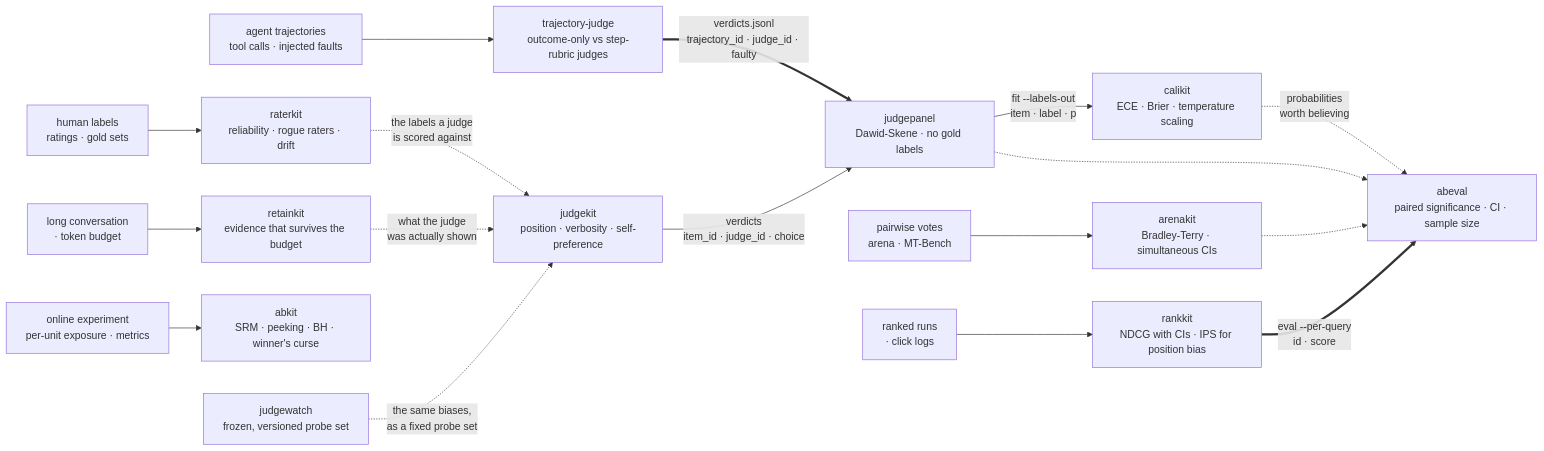
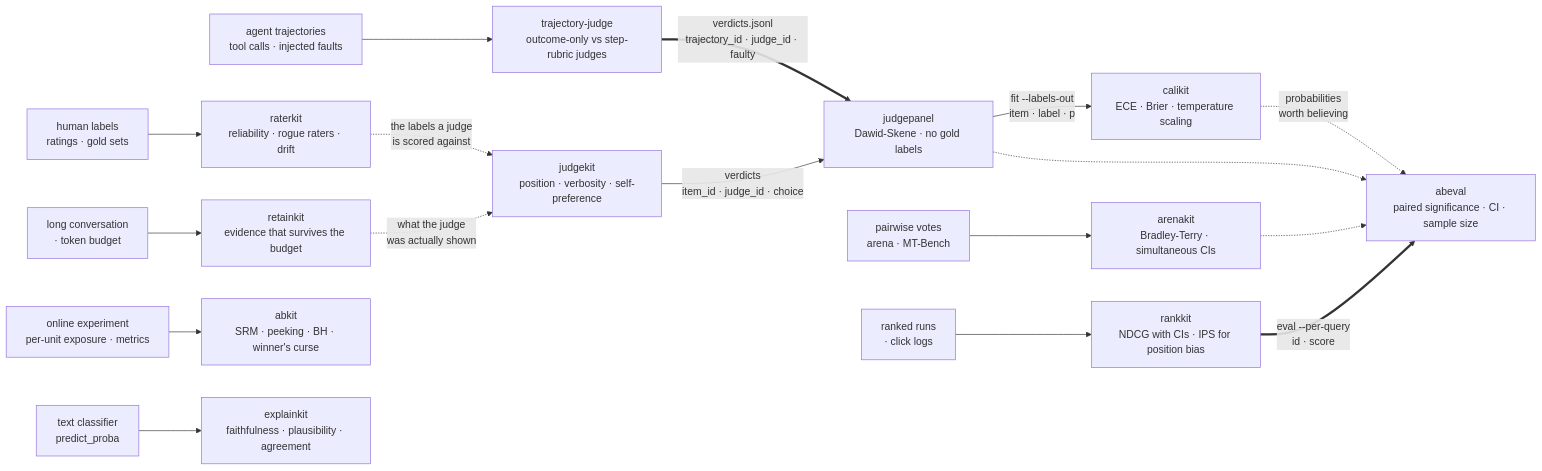
Before and after one commit to mohammadi-hadi/evalstack: the diagram in README.md, drawn with Mermaid. The commit also changed other lines of this file, not shown here.

````diff
--- a/README.md
+++ b/README.md
@@ -43,22 +43,22 @@
 ```mermaid
 flowchart LR
     HL["human labels<br/>ratings · gold sets"] --> RK["raterkit<br/>reliability · rogue raters · drift"]
     TR["agent trajectories<br/>tool calls · injected faults"] --> TJ["trajectory-judge<br/>outcome-only vs step-rubric judges"]
     CB["long conversation<br/>· token budget"] --> RT["retainkit<br/>evidence that survives the budget"]
     PV["pairwise votes<br/>arena · MT-Bench"] --> AR["arenakit<br/>Bradley-Terry · simultaneous CIs"]
     RQ["ranked runs<br/>· click logs"] --> RN["rankkit<br/>NDCG with CIs · IPS for position bias"]
     EX["online experiment<br/>per-unit exposure · metrics"] --> BK["abkit<br/>SRM · peeking · BH · winner's curse"]
+    TC["text classifier<br/>predict_proba"] --> EK["explainkit<br/>faithfulness · plausibility · agreement"]
 
     RK -.->|"the labels a judge<br/>is scored against"| JK["judgekit<br/>position · verbosity · self-preference"]
     RT -.->|"what the judge<br/>was actually shown"| JK
-    JW["judgewatch<br/>frozen, versioned probe set"] -.->|"the same biases,<br/>as a fixed probe set"| JK
 
     TJ ==>|"verdicts.jsonl<br/>trajectory_id · judge_id · faulty"| JP["judgepanel<br/>Dawid-Skene · no gold labels"]
     JK -->|"verdicts<br/>item_id · judge_id · choice"| JP
     JP -->|"fit --labels-out<br/>item · label · p"| CK["calikit<br/>ECE · Brier · temperature scaling"]
 
     CK -.->|"probabilities<br/>worth believing"| AB["abeval<br/>paired significance · CI · sample size"]
     JP -.-> AB
     AR -.-> AB
     RN ==>|"eval --per-query<br/>id · score"| AB
 ```
````
